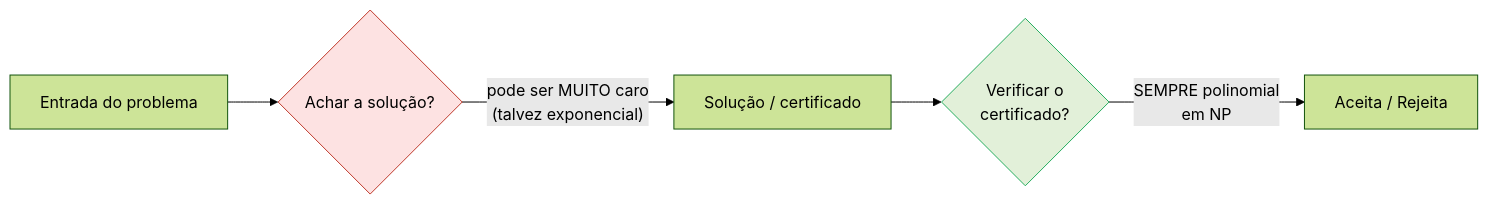
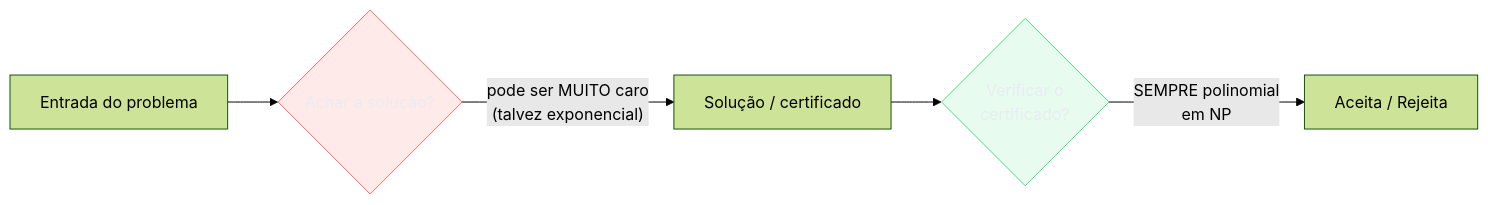
Before and after one commit to josenaldo/codex-technomanticus: the first of 4 diagrams in 03-Dominios/Ciência/Teoria da Computação/14 - Complexidade computacional formal - classes de tempo, P e NP.md, drawn with Mermaid (forest theme). The commit also changed 1181 other files, not shown here.

First line of the commit message:
fix(diagramas): paleta do sistema no lugar de cor cravada no markdown

````diff
--- a/03-Dominios/Ciência/Teoria da Computação/14 - Complexidade computacional formal - classes de tempo, P e NP.md
+++ b/03-Dominios/Ciência/Teoria da Computação/14 - Complexidade computacional formal - classes de tempo, P e NP.md
@@ -121,9 +121,11 @@
 ```mermaid
 flowchart LR
+    classDef falha fill:#FF6B6B24,stroke:#FF6B6B,color:#E9ECF2
+    classDef ok fill:#4ADE8021,stroke:#4ADE80,color:#E9ECF2
     E["Entrada do problema"] --> A{"Achar a solução?"}
     A -->|"pode ser MUITO caro<br/>(talvez exponencial)"| Sol["Solução / certificado"]
     Sol --> V{"Verificar o<br/>certificado?"}
     V -->|"SEMPRE polinomial<br/>em NP"| R["Aceita / Rejeita"]
-    style A fill:#fde2e2,stroke:#c0392b
-    style V fill:#e2f0d9,stroke:#27ae60
+    class A falha
+    class V ok
 ```
````
